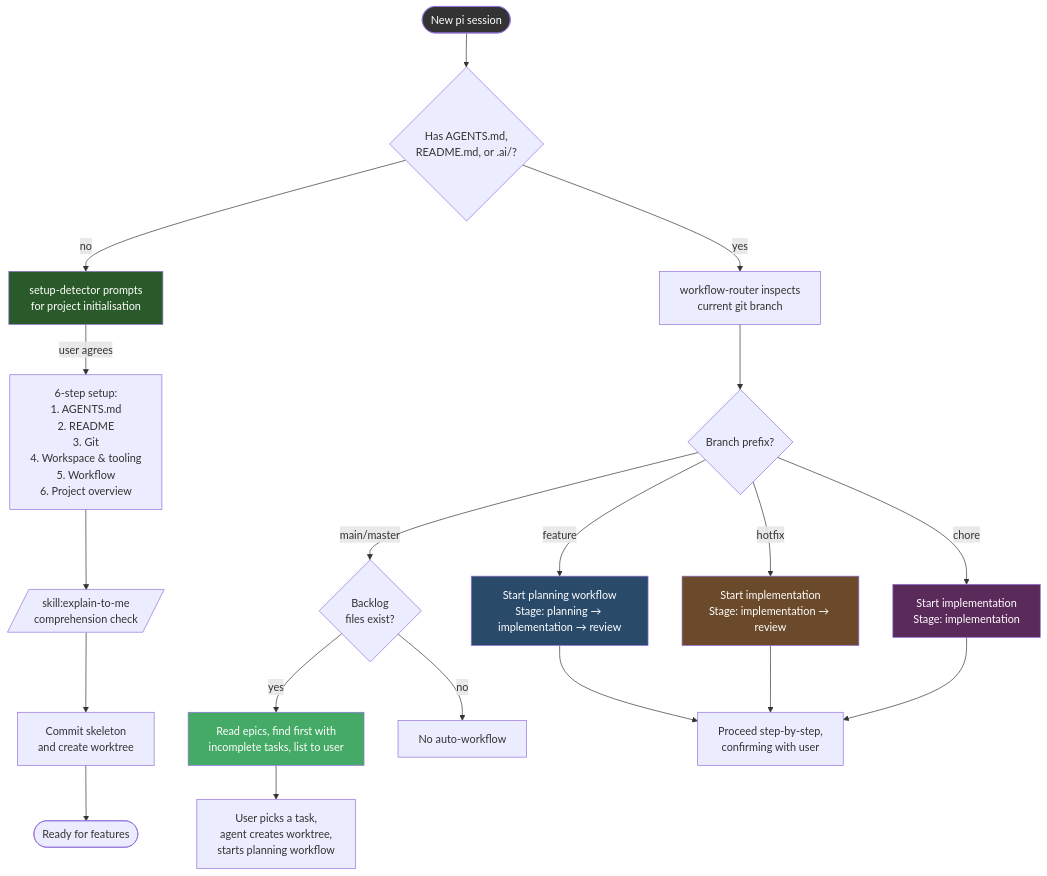
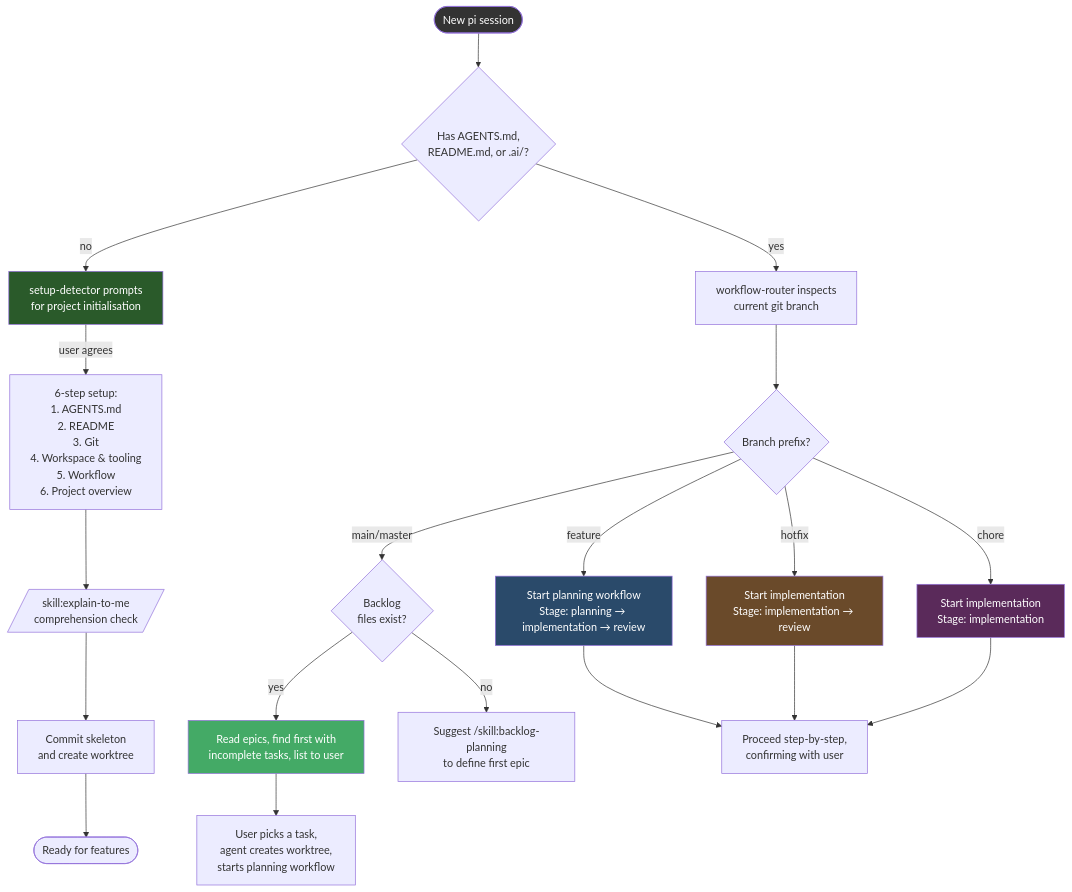
One commit to bjconlan/pi-base changed the diagram in README.md. Above: the diagram before and after it, drawn with Mermaid. The commit also changed 1 other file, not shown here.

Commit message:
feat: suggest backlog-planning on main with no backlog files

````diff
--- a/README.md
+++ b/README.md
@@ -46,33 +46,34 @@
 ```mermaid
 flowchart TD
     START(["New pi session"]) --> CHECK_AGENTS{"Has AGENTS.md,\nREADME.md, or .ai/?"}
     CHECK_AGENTS -->|no| SETUP[setup-detector prompts\nfor project initialisation]
     SETUP -->|user agrees| RUN_SETUP[6-step setup:\n1. AGENTS.md\n2. README\n3. Git\n4. Workspace & tooling\n5. Workflow\n6. Project overview]
     RUN_SETUP --> EXPLAIN[/skill:explain-to-me\ncomprehension check/]
     EXPLAIN --> COMMIT[Commit skeleton\nand create worktree]
     COMMIT --> SETUP_DONE([Ready for features])
 
     CHECK_AGENTS -->|yes| WORKFLOW[workflow-router inspects\ncurrent git branch]
 
     WORKFLOW --> BRANCH_TYPE{"Branch prefix?"}
 
     BRANCH_TYPE -->|feature| FEATURE["Start planning workflow\nStage: planning → implementation → review"]
     BRANCH_TYPE -->|hotfix| HOTFIX["Start implementation\nStage: implementation → review"]
     BRANCH_TYPE -->|chore| CHORE["Start implementation\nStage: implementation"]
     BRANCH_TYPE -->|main/master| MAIN{"Backlog\nfiles exist?"}
     MAIN -->|yes| BACKLOG["Read epics, find first with\nincomplete tasks, list to user"]
     BACKLOG --> PICK_TASK["User picks a task,\nagent creates worktree,\nstarts planning workflow"]
-    MAIN -->|no| IDLE["No auto-workflow"]
+    MAIN -->|no| BACKLOG_START["Suggest /skill:backlog-planning
+to define first epic"]
 
     FEATURE --> EXPLAIN2
     HOTFIX --> EXPLAIN2
     CHORE --> EXPLAIN2
     EXPLAIN2["Proceed step-by-step,\nconfirming with user"]
 
     style START fill:#333,color:#fff
     style SETUP fill:#2a5a2a,color:#fff
     style FEATURE fill:#2a4a6a,color:#fff
     style HOTFIX fill:#6a4a2a,color:#fff
     style CHORE fill:#5a2a5a,color:#fff
     style BACKLOG fill:#4a6,color:#fff
 ```
````
